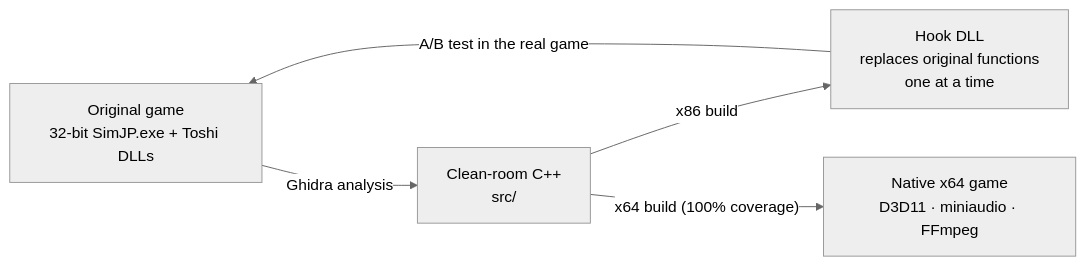
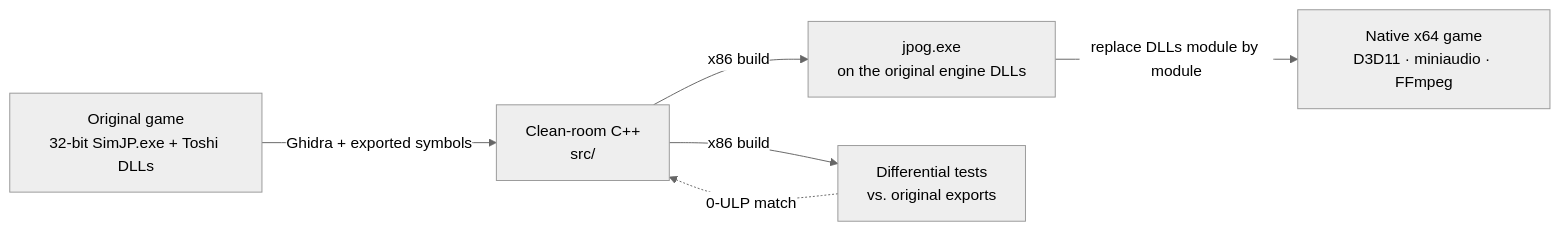
One commit to Voikanaa/jpog-decomp changed the diagram in README.md. Above: the diagram before and after it, drawn with Mermaid (neutral theme). The commit also changed other lines of this file and 3 other files, not shown here.

First line of the commit message:
Docs: describe the actual workflow (launch on original DLLs, differential tests)

````diff
--- a/README.md
+++ b/README.md
@@ -43,7 +44,8 @@
 ```mermaid
 flowchart LR
-    A["Original game<br/>32-bit SimJP.exe + Toshi DLLs"] -->|Ghidra analysis| B["Clean-room C++<br/>src/"]
-    B -->|x86 build| C["Hook DLL<br/>replaces original functions<br/>one at a time"]
-    C -->|A/B test in the real game| A
-    B -->|"x64 build (100% coverage)"| D["Native x64 game<br/>D3D11 · miniaudio · FFmpeg"]
+    A["Original game<br/>32-bit SimJP.exe + Toshi DLLs"] -->|"Ghidra + exported symbols"| B["Clean-room C++<br/>src/"]
+    B -->|"x86 build"| C["jpog.exe<br/>on the original engine DLLs"]
+    B -->|"x86 build"| T["Differential tests<br/>vs. original exports"]
+    T -.->|"0-ULP match"| B
+    C -->|"replace DLLs module by module"| D["Native x64 game<br/>D3D11 · miniaudio · FFmpeg"]
 ```
````
